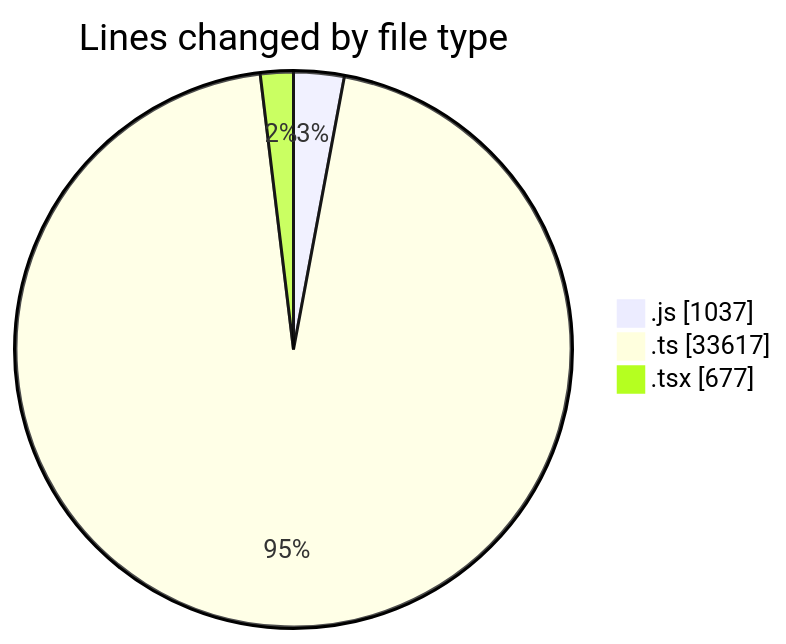
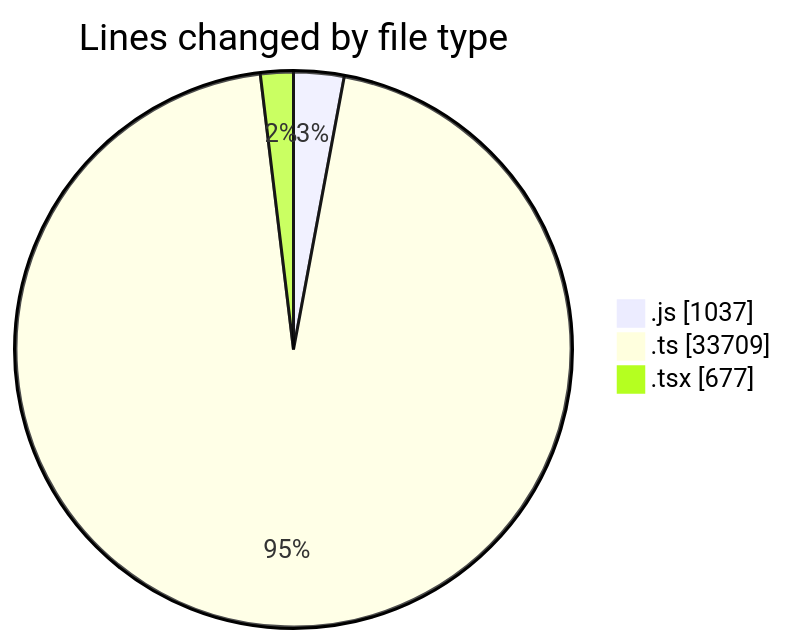
One commit to momahboobian/code-tracking changed the first of 2 diagrams in 2026-10-06/cda/README.md. Above: the diagram before and after it, drawn with Mermaid. The commit also changed other lines of this file and 1 other file, not shown here.

````diff
--- a/2026-10-06/cda/README.md
+++ b/2026-10-06/cda/README.md
@@ -37,7 +38,7 @@
 ```mermaid
 pie showData
 title Lines changed by file type
 ".js" : 1037
-".ts" : 33617
+".ts" : 33709
 ".tsx" : 677
 ```
````
